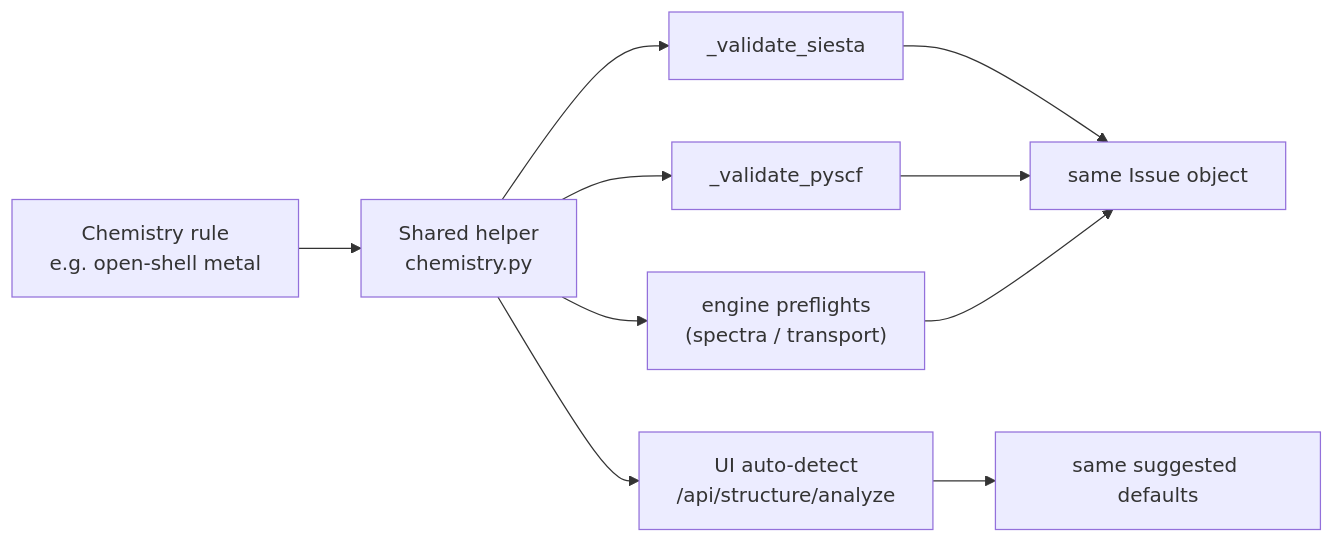
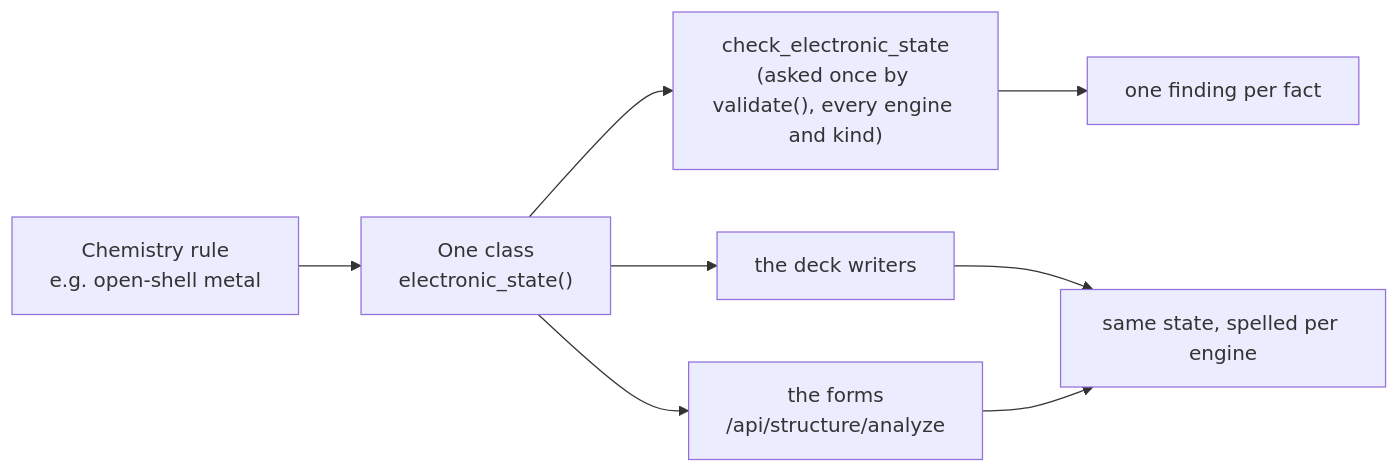
One commit to Qing-LAB/molbuilder changed the third of 3 diagrams in docs/science/chemistry-correctness.md. Above: the diagram before and after it, drawn with Mermaid. The commit also changed other lines of this file and 142 other files, not shown here.

````diff
--- a/docs/science/chemistry-correctness.md
+++ b/docs/science/chemistry-correctness.md
@@ -210,12 +219,10 @@
 ```mermaid
 flowchart LR
-    A["Chemistry rule<br/>e.g. open-shell metal"] --> H["Shared helper<br/>chemistry.py"]
-    H --> VS["_validate_siesta"]
-    H --> VP["_validate_pyscf"]
-    H --> EP["engine preflights<br/>(spectra / transport)"]
-    H --> AD["UI auto-detect<br/>/api/structure/analyze"]
-    VS --> R["same Issue object"]
-    VP --> R
-    EP --> R
-    AD --> R2["same suggested defaults"]
+    A["Chemistry rule<br/>e.g. open-shell metal"] --> H["One class<br/>electronic_state()"]
+    H --> V["check_electronic_state<br/>(asked once by validate(), every engine and kind)"]
+    H --> DW["the deck writers"]
+    H --> AD["the forms<br/>/api/structure/analyze"]
+    V --> R["one finding per fact"]
+    DW --> R2["same state, spelled per engine"]
+    AD --> R2
 ```
````
